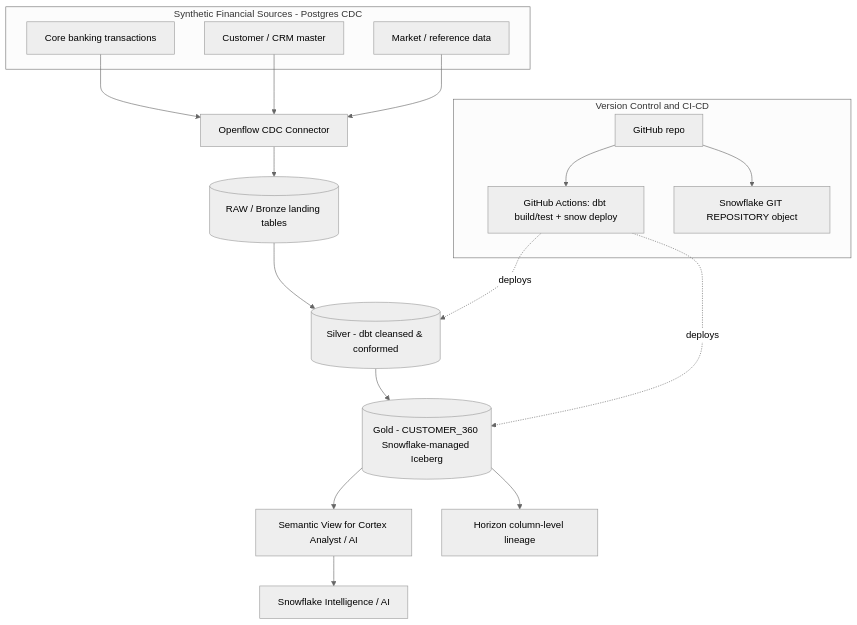
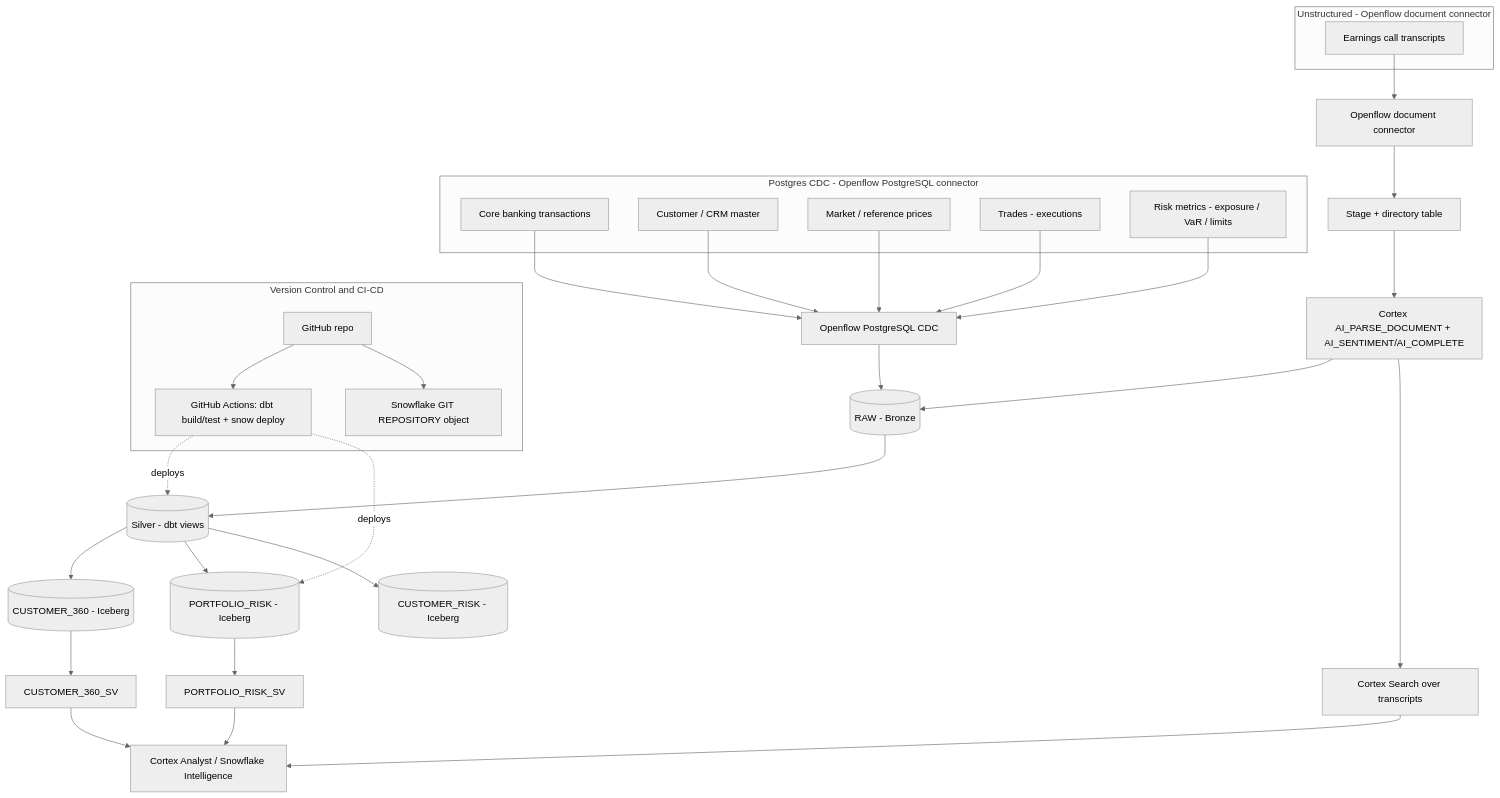
The diagram in README.md (jordandhill/finance-de-demo), drawn with Mermaid (neutral theme) before and after one commit. The commit also changed other lines of this file and 28 other files, not shown here.

Commit message:
Add trades & risk + unstructured earnings sources; PORTFOLIO_RISK Iceberg mart, Cortex Search, semantic view; update CI + docs

````diff
--- a/README.md
+++ b/README.md
@@ -6,23 +6,39 @@
 ```mermaid
 flowchart TD
-  subgraph sources [Synthetic Financial Sources - Postgres CDC]
+  subgraph pg [Postgres CDC - Openflow PostgreSQL connector]
     S1[Core banking transactions]
     S2[Customer / CRM master]
-    S3[Market / reference data]
+    S3[Market / reference prices]
+    S4[Trades - executions]
+    S5[Risk metrics - exposure / VaR / limits]
   end
-  S1 --> OF[Openflow CDC Connector]
-  S2 --> OF
-  S3 --> OF
-  OF --> BRONZE[(RAW / Bronze landing tables)]
-  BRONZE --> SILVER[(Silver - dbt cleansed & conformed)]
-  SILVER --> GOLD[(Gold - CUSTOMER_360 Snowflake-managed Iceberg)]
-  GOLD --> SV[Semantic View for Cortex Analyst / AI]
-  GOLD --> LIN[Horizon column-level lineage]
-  SV --> AI[Snowflake Intelligence / AI]
+  subgraph docs [Unstructured - Openflow document connector]
+    D1[Earnings call transcripts]
+  end
+  S1 --> OFPG[Openflow PostgreSQL CDC]
+  S2 --> OFPG
+  S3 --> OFPG
+  S4 --> OFPG
+  S5 --> OFPG
+  D1 --> OFDOC[Openflow document connector]
+  OFPG --> RAW[(RAW - Bronze)]
+  OFDOC --> STG_DOC[Stage + directory table]
+  STG_DOC --> PARSE[Cortex AI_PARSE_DOCUMENT + AI_SENTIMENT/AI_COMPLETE]
+  PARSE --> RAW
+  RAW --> SILVER[(Silver - dbt views)]
+  SILVER --> G1[(CUSTOMER_360 - Iceberg)]
+  SILVER --> G2[(PORTFOLIO_RISK - Iceberg)]
+  SILVER --> G3[(CUSTOMER_RISK - Iceberg)]
+  PARSE --> SEARCH[Cortex Search over transcripts]
+  G1 --> SV1[CUSTOMER_360_SV]
+  G2 --> SV2[PORTFOLIO_RISK_SV]
+  SV1 --> AI[Cortex Analyst / Snowflake Intelligence]
+  SV2 --> AI
+  SEARCH --> AI
   subgraph cicd [Version Control and CI-CD]
     GH[GitHub repo] --> GHA[GitHub Actions: dbt build/test + snow deploy]
     GH --> GITREPO[Snowflake GIT REPOSITORY object]
   end
   GHA -.deploys.-> SILVER
-  GHA -.deploys.-> GOLD
+  GHA -.deploys.-> G2
 ```
````
